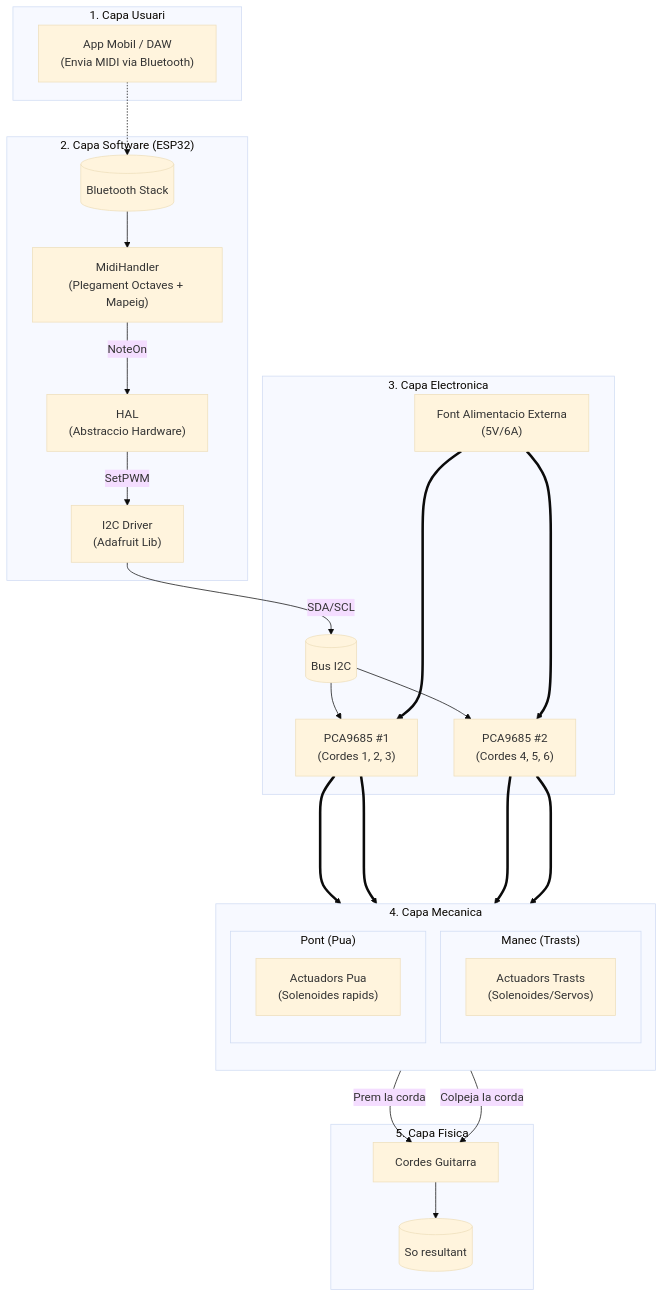
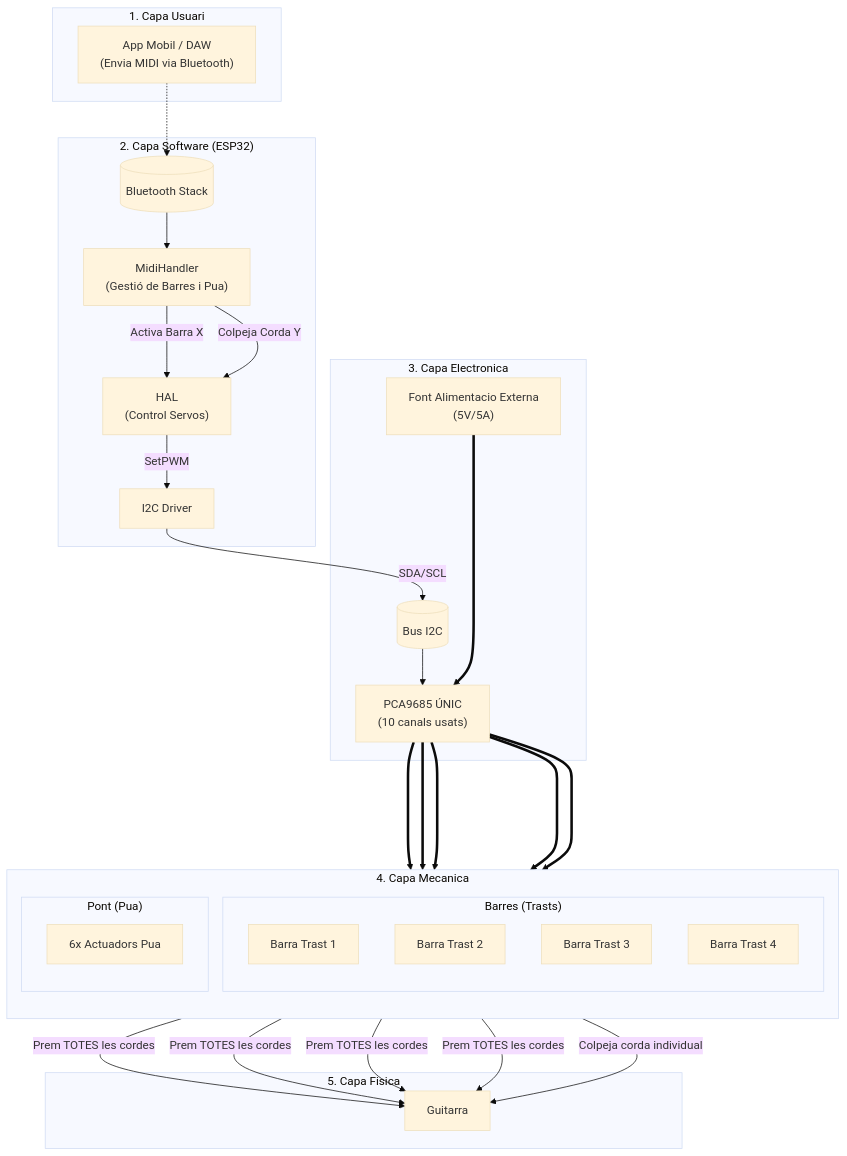
Before and after one commit to unworthyzeus/guitar_robot: the first of 2 diagrams in README.md, drawn with Mermaid (base theme). The commit also changed other lines of this file and 14 other files, not shown here.

````diff
--- a/README.md
+++ b/README.md
@@ -7,49 +8,51 @@
 ```mermaid
 graph TD
     subgraph "1. Capa Usuari"
         DAW["App Mobil / DAW<br>(Envia MIDI via Bluetooth)"]
     end
 
     subgraph "2. Capa Software (ESP32)"
         BLE[("Bluetooth Stack")]
-        Logic["MidiHandler<br>(Plegament Octaves + Mapeig)"]
-        HAL["HAL<br>(Abstraccio Hardware)"]
-        Driver["I2C Driver<br>(Adafruit Lib)"]
+        Logic["MidiHandler<br>(Gestió de Barres i Pua)"]
+        HAL["HAL<br>(Control Servos)"]
+        Driver["I2C Driver"]
         
         DAW -.-> BLE
         BLE --> Logic
-        Logic -- "NoteOn" --> HAL
+        Logic -- "Activa Barra X" --> HAL
+        Logic -- "Colpeja Corda Y" --> HAL
         HAL -- "SetPWM" --> Driver
     end
 
     subgraph "3. Capa Electronica"
-        PSU["Font Alimentacio Externa<br>(5V/6A)"]
+        PSU["Font Alimentacio Externa<br>(5V/5A)"]
         Bus[("Bus I2C")]
-        PCA1["PCA9685 #1<br>(Cordes 1, 2, 3)"]
-        PCA2["PCA9685 #2<br>(Cordes 4, 5, 6)"]
+        PCA1["PCA9685 ÚNIC<br>(10 canals usats)"]
 
         Driver -- "SDA/SCL" --> Bus
-        Bus --> PCA1 & PCA2
-        PSU ====> PCA1 & PCA2
+        Bus --> PCA1
+        PSU ====> PCA1
     end
 
     subgraph "4. Capa Mecanica"
         direction TB
-        subgraph "Manec (Trasts)"
-            Fretters1["Actuadors Trasts<br>(Solenoides/Servos)"]
+        subgraph "Barres (Trasts)"
+            Bar1["Barra Trast 1"]
+            Bar2["Barra Trast 2"]
+            Bar3["Barra Trast 3"]
+            Bar4["Barra Trast 4"]
         end
         subgraph "Pont (Pua)"
-            Pluckers2["Actuadors Pua<br>(Solenoides rapids)"]
+            Pluckers["6x Actuadors Pua"]
         end
     end
 
     subgraph "5. Capa Fisica"
-        GuitarStrings["Cordes Guitarra"]
-        Acoustics[("So resultant")]
+        GuitarStrings["Guitarra"]
     end
 
-    PCA1 & PCA2 ====> Fretters1 & Pluckers2
-    Fretters1 -- "Prem la corda" --> GuitarStrings
-    Pluckers2 -- "Colpeja la corda" --> GuitarStrings
-    GuitarStrings --> Acoustics
+    PCA1 ====> Bar1 & Bar2 & Bar3 & Bar4
+    PCA1 ====> Pluckers
+    Bar1 & Bar2 & Bar3 & Bar4 -- "Prem TOTES les cordes" --> GuitarStrings
+    Pluckers -- "Colpeja corda individual" --> GuitarStrings
 ```
````
